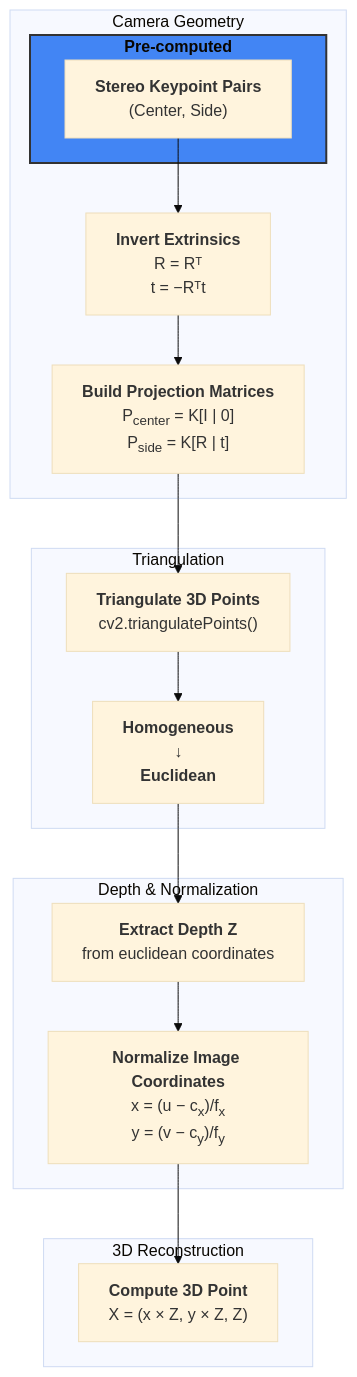
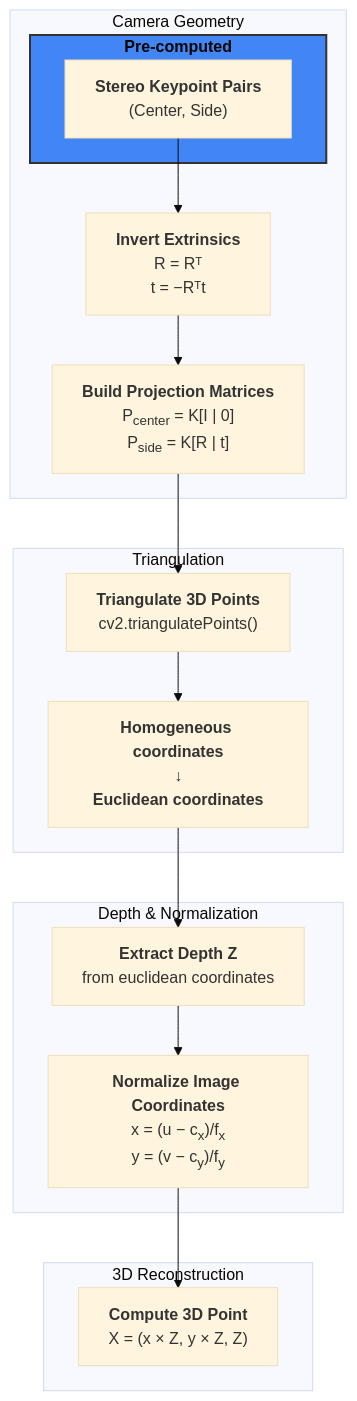
One commit to MarkusNguyen/Visual-Servoing-Paper changed the third of 3 diagrams in README.md. Above: the diagram before and after it, drawn with Mermaid (base theme). The commit also changed other lines of this file, not shown here.

Commit message:
third commit

````diff
--- a/README.md
+++ b/README.md
@@ -89,30 +89,30 @@
 ```mermaid
 flowchart TD
 
     subgraph S1["Camera Geometry"]
         subgraph S11["<b>Pre-computed</b>"]
             A["<b>Stereo Keypoint Pairs</b><br/>(Center, Side)"]
         end
         B["<b>Invert Extrinsics</b><br/>R = Rᵀ<br/>t = −Rᵀt"]
         C["<b>Build Projection Matrices</b><br/>P<sub>center</sub> = K[I | 0]<br/>P<sub>side</sub> = K[R | t]"]
         A --> B --> C
         style S11 fill:#4285f4,stroke:#333,stroke-width:2px
     end
 
     subgraph S2["Triangulation"]
         D["<b>Triangulate 3D Points</b><br/>cv2.triangulatePoints()"]
-        E["<b>Homogeneous</b></br>↓</br><b>Euclidean</b><br/>"]
+        E["<b>Homogeneous coordinates</b></br>↓</br><b>Euclidean coordinates</b><br/>"]
         C --> D --> E
     end
 
     subgraph S3["Depth & Normalization"]
         F["<b>Extract Depth Z</b><br/>from euclidean coordinates "]
         G["<b>Normalize Image Coordinates</b><br/>x = (u − c<sub>x</sub>)/f<sub>x</sub><br/>y = (v − c<sub>y</sub>)/f<sub>y</sub>"]
         E --> F --> G
     end
 
     subgraph S4["3D Reconstruction"]
         H["<b>Compute 3D Point</b><br/>X = (x × Z, y × Z, Z)"]
         G --> H
     end
 ```
````
